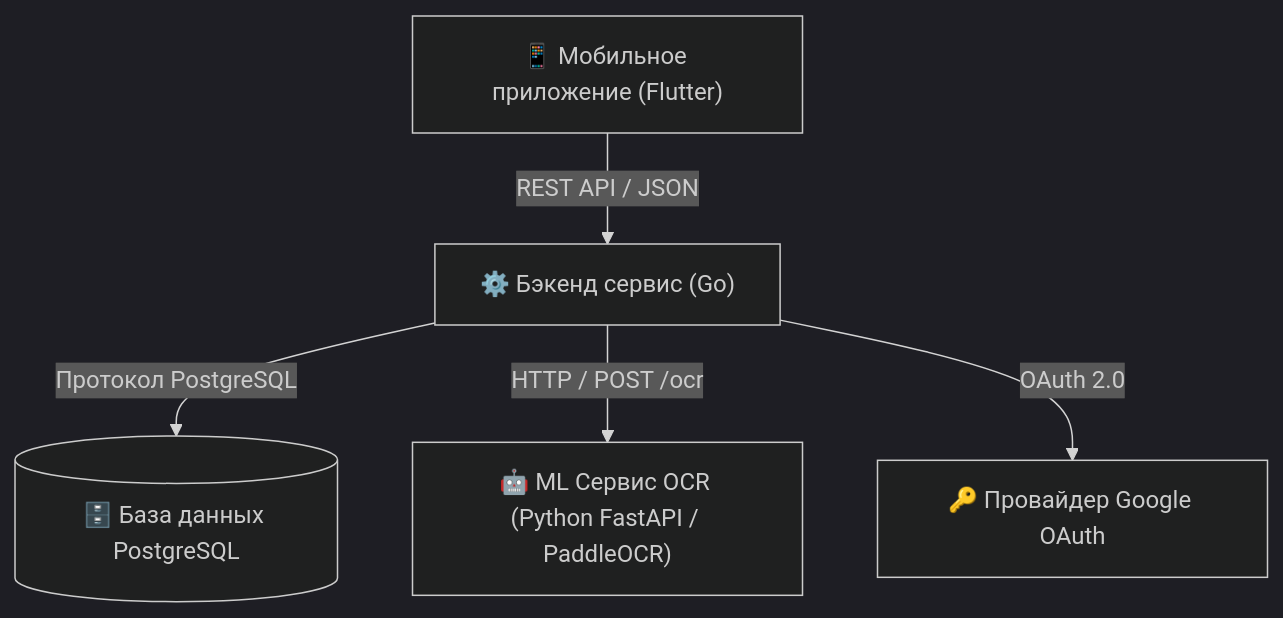
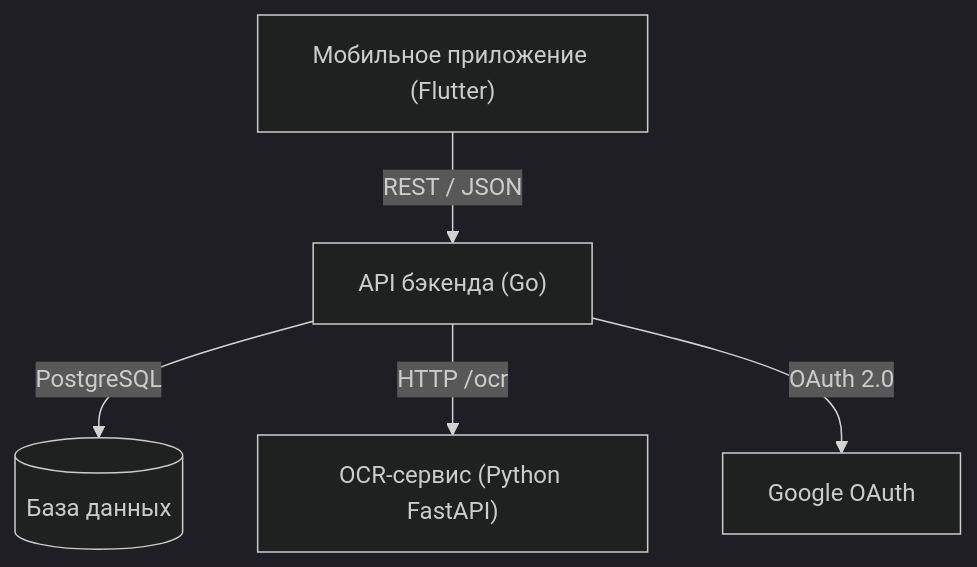
One commit to arseniizyk/food-analyser changed the diagram in README_RU.md. Above: the diagram before and after it, drawn with Mermaid (dark theme). The commit also changed other lines of this file and 1 other file, not shown here.

````diff
--- a/README_RU.md
+++ b/README_RU.md
@@ -14,7 +14,7 @@
 ```mermaid
 graph TD
-    Client["📱 Мобильное приложение (Flutter)"] -->|"REST API / JSON"| Backend["⚙️ Бэкенд сервис (Go)"]
-    Backend -->|"Протокол PostgreSQL"| DB[("🗄️ База данных PostgreSQL")]
-    Backend -->|"HTTP / POST /ocr"| ML["🤖 ML Сервис OCR (Python FastAPI / PaddleOCR)"]
-    Backend -->|"OAuth 2.0"| Google["🔑 Провайдер Google OAuth"]
+    Client["Мобильное приложение (Flutter)"] -->|"REST / JSON"| Backend["API бэкенда (Go)"]
+    Backend -->|"PostgreSQL"| DB[("База данных")]
+    Backend -->|"HTTP /ocr"| ML["OCR-сервис (Python FastAPI)"]
+    Backend -->|"OAuth 2.0"| Google["Google OAuth"]
 ```
````
